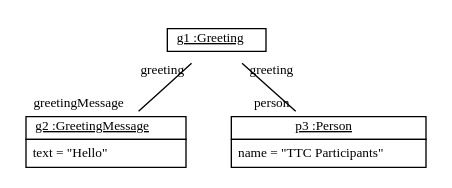
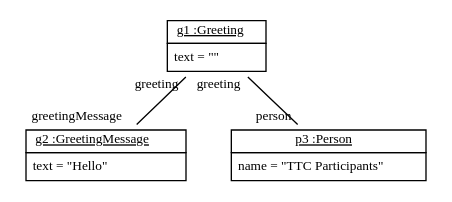
The diagram in doc/TTC2011HelloWorldModelToText6.dot (fujaba/SDMLib), drawn with Graphviz before and after one commit. The commit also changed 78 other files, not shown here.

```diff
--- a/doc/TTC2011HelloWorldModelToText6.dot
+++ b/doc/TTC2011HelloWorldModelToText6.dot
@@ -1,12 +1,12 @@
 graph ObjectDiagram {
    node [shape = none, fontsize = 10];
    edge [fontsize = 10];
    compound=true;
 
-g1 [label=<<table border='0' cellborder='1' cellspacing='0'> <tr> <td href="../examples/org/sdmlib/examples/helloworld/Greeting.java"> <u>g1 :Greeting</u></td></tr></table>>];
+g1 [label=<<table border='0' cellborder='1' cellspacing='0'> <tr> <td href="../examples/org/sdmlib/examples/helloworld/Greeting.java"> <u>g1 :Greeting</u></td></tr><tr><td><table border='0' cellborder='0' cellspacing='0'><tr><td align='left'>text = ""</td></tr></table></td></tr></table>>];
 g2 [label=<<table border='0' cellborder='1' cellspacing='0'> <tr> <td href="../examples/org/sdmlib/examples/helloworld/GreetingMessage.java"> <u>g2 :GreetingMessage</u></td></tr><tr><td><table border='0' cellborder='0' cellspacing='0'><tr><td align='left'>text = "Hello"</td></tr></table></td></tr></table>>];
 p3 [label=<<table border='0' cellborder='1' cellspacing='0'> <tr> <td href="../examples/org/sdmlib/examples/helloworld/Person.java"> <u>p3 :Person</u></td></tr><tr><td><table border='0' cellborder='0' cellspacing='0'><tr><td align='left'>name = "TTC Participants"</td></tr></table></td></tr></table>>];
 
 g1 -- g2 [headlabel = "greetingMessage" taillabel = "greeting"];
 g1 -- p3 [headlabel = "person" taillabel = "greeting"];
 }
```
